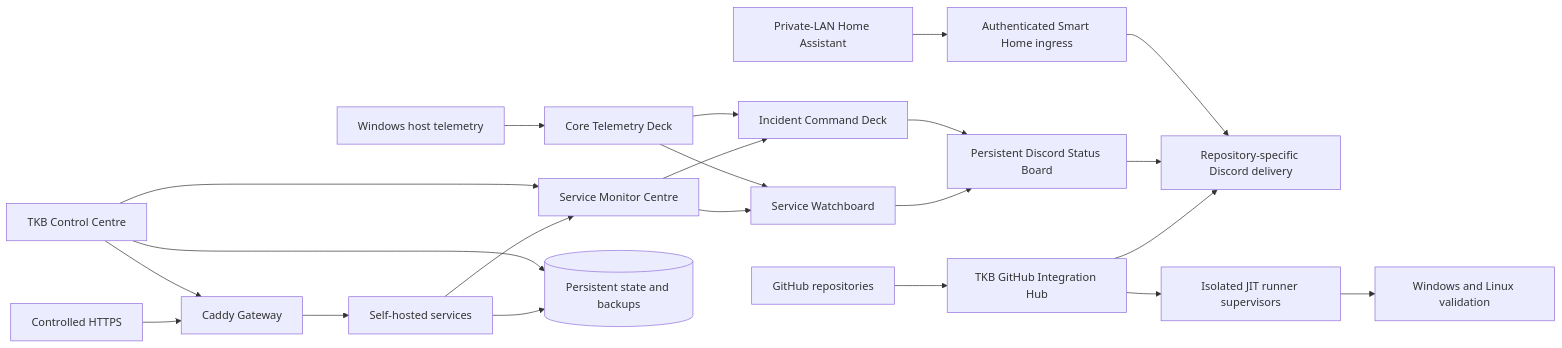
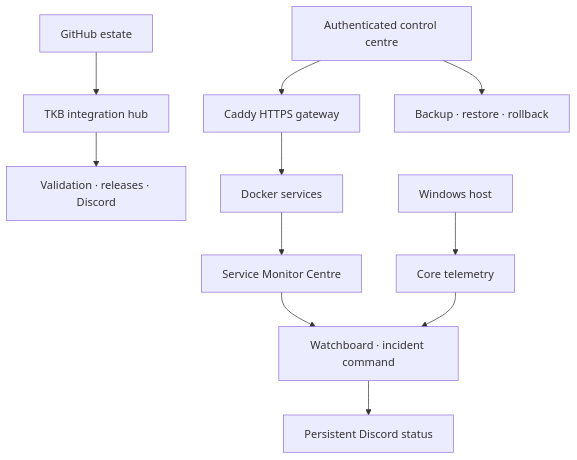
Before and after one commit to Conroy1988/Conroy1988: the diagram in README.md, drawn with Mermaid. The commit also changed other lines of this file and 8 other files, not shown here.

Commit message:
Redesign GitHub profile portfolio

````diff
--- a/README.md
+++ b/README.md
@@ -369,28 +191,13 @@
 ```mermaid
-flowchart LR
-    GitHub[GitHub repositories] --> Hub[TKB GitHub Integration Hub]
-    Hub --> Discord[Repository-specific Discord delivery]
-    Hub --> Runners[Isolated JIT runner supervisors]
-    Runners --> Validation[Windows and Linux validation]
-
-    Services[Self-hosted services] --> Monitor[Service Monitor Centre]
-    Host[Windows host telemetry] --> Telemetry[Core Telemetry Deck]
-    Monitor --> Watch[Service Watchboard]
-    Telemetry --> Watch
-    Monitor --> Incident[Incident Command Deck]
-    Telemetry --> Incident
-    Watch --> Status[Persistent Discord Status Board]
-    Incident --> Status
-    Status --> Discord
-
-    Home[Private-LAN Home Assistant] --> Smart[Authenticated Smart Home ingress]
-    Smart --> Discord
-
-    Internet[Controlled HTTPS] --> Caddy[Caddy Gateway]
-    Caddy --> Services
-    Services --> Data[(Persistent state and backups)]
-
-    Control[TKB Control Centre] --> Caddy
-    Control --> Monitor
-    Control --> Data
+flowchart TD
+    GitHub["GitHub estate"] --> Hub["TKB integration hub"]
+    Hub --> Delivery["Validation · releases · Discord"]
+    Services["Docker services"] --> Monitor["Service Monitor Centre"]
+    Host["Windows host"] --> Telemetry["Core telemetry"]
+    Monitor --> Command["Watchboard · incident command"]
+    Telemetry --> Command
+    Command --> Discord["Persistent Discord status"]
+    Gateway["Caddy HTTPS gateway"] --> Services
+    Control["Authenticated control centre"] --> Gateway
+    Control --> Recovery["Backup · restore · rollback"]
 ```
````
